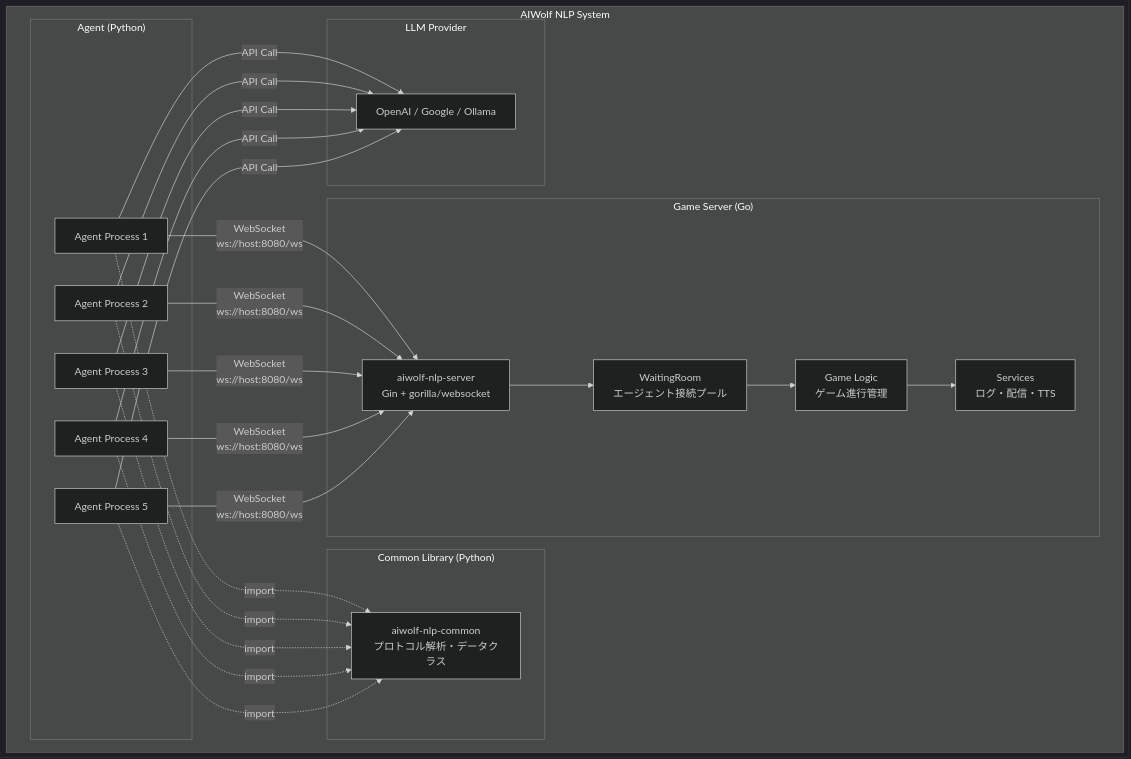
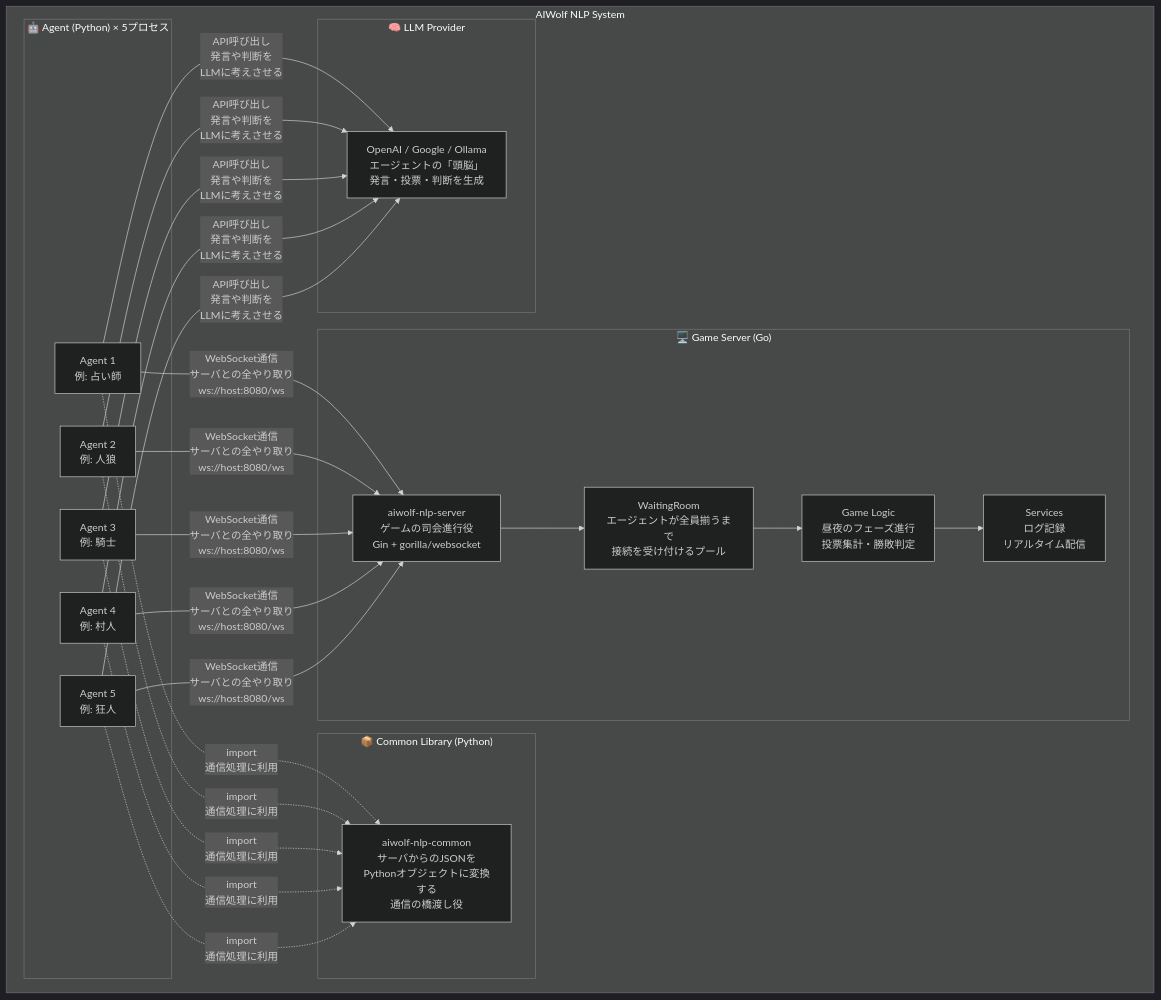
Before and after one commit to iggy157/aiwolf-nlp-systems: the first of 4 diagrams in docs/architecture/system-overview.md, drawn with Mermaid (dark theme). The commit also changed other lines of this file and 2 other files, not shown here.

Commit message:
fix: フロー図修正

````diff
--- a/docs/architecture/system-overview.md
+++ b/docs/architecture/system-overview.md
@@ -5,33 +19,33 @@
 ```mermaid
 graph TB
     subgraph "AIWolf NLP System"
-        subgraph "Game Server (Go)"
-            S[aiwolf-nlp-server<br/>Gin + gorilla/websocket]
-            WR[WaitingRoom<br/>エージェント接続プール]
-            GL[Game Logic<br/>ゲーム進行管理]
-            SV[Services<br/>ログ・配信・TTS]
+        subgraph Server["🖥️ Game Server (Go)"]
+            S["aiwolf-nlp-server<br/>ゲームの司会進行役<br/>Gin + gorilla/websocket"]
+            WR["WaitingRoom<br/>エージェントが全員揃うまで<br/>接続を受け付けるプール"]
+            GL["Game Logic<br/>昼夜のフェーズ進行<br/>投票集計・勝敗判定"]
+            SV["Services<br/>ログ記録<br/>リアルタイム配信"]
         end
 
-        subgraph "Agent (Python)"
-            A1[Agent Process 1]
-            A2[Agent Process 2]
-            A3[Agent Process 3]
-            A4[Agent Process 4]
-            A5[Agent Process 5]
+        subgraph Agents["🤖 Agent (Python) × 5プロセス"]
+            A1[Agent 1<br/>例: 占い師]
+            A2[Agent 2<br/>例: 人狼]
+            A3[Agent 3<br/>例: 騎士]
+            A4[Agent 4<br/>例: 村人]
+            A5[Agent 5<br/>例: 狂人]
         end
 
-        subgraph "Common Library (Python)"
-            CL[aiwolf-nlp-common<br/>プロトコル解析・データクラス]
+        subgraph Common["📦 Common Library (Python)"]
+            CL["aiwolf-nlp-common<br/>サーバからのJSONを<br/>Pythonオブジェクトに変換する<br/>通信の橋渡し役"]
         end
 
-        subgraph "LLM Provider"
-            LLM[OpenAI / Google / Ollama]
+        subgraph LLMProvider["🧠 LLM Provider"]
+            LLM["OpenAI / Google / Ollama<br/>エージェントの「頭脳」<br/>発言・投票・判断を生成"]
         end
     end
 
-    A1 & A2 & A3 & A4 & A5 -->|WebSocket<br/>ws://host:8080/ws| S
+    A1 & A2 & A3 & A4 & A5 -->|"WebSocket通信<br/>サーバとの全やり取り<br/>ws://host:8080/ws"| S
     S --> WR --> GL
     GL --> SV
-    A1 & A2 & A3 & A4 & A5 -.->|import| CL
-    A1 & A2 & A3 & A4 & A5 -->|API Call| LLM
+    A1 & A2 & A3 & A4 & A5 -.->|"import<br/>通信処理に利用"| CL
+    A1 & A2 & A3 & A4 & A5 -->|"API呼び出し<br/>発言や判断を<br/>LLMに考えさせる"| LLM
 ```
````
